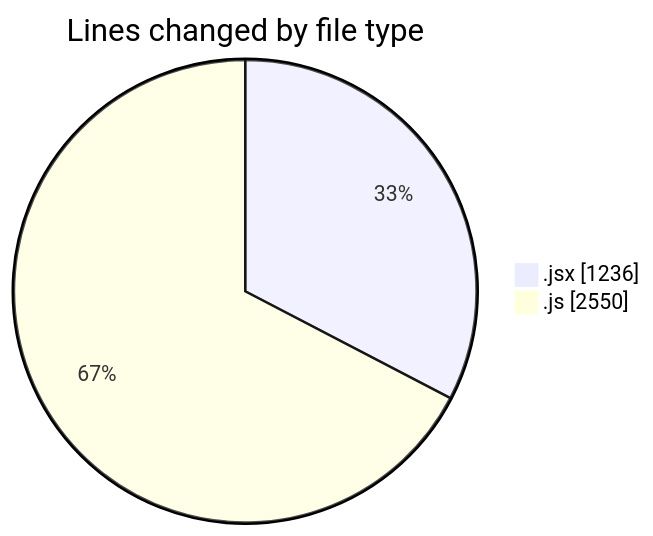
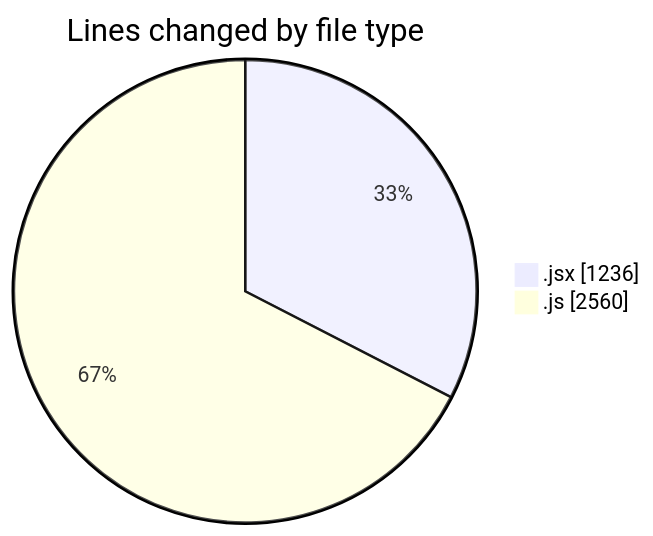
One commit to nxtqubesakshisongat/code-tracking changed the first of 2 diagrams in 2025-07-25/nxtqube_webapp/README.md. Above: the diagram before and after it, drawn with Mermaid. The commit also changed other lines of this file and 1 other file, not shown here.

````diff
--- a/2025-07-25/nxtqube_webapp/README.md
+++ b/2025-07-25/nxtqube_webapp/README.md
@@ -33,6 +33,6 @@
 ```mermaid
 pie showData
 title Lines changed by file type
 ".jsx" : 1236
-".js" : 2550
+".js" : 2560
 ```
````
